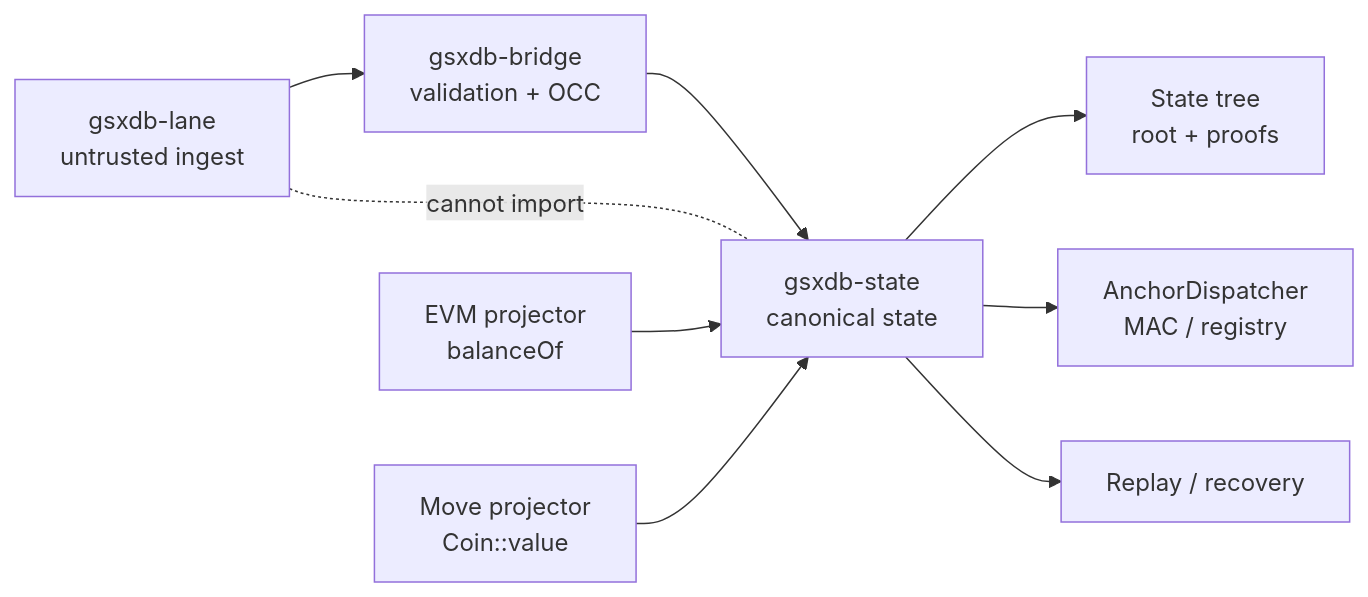
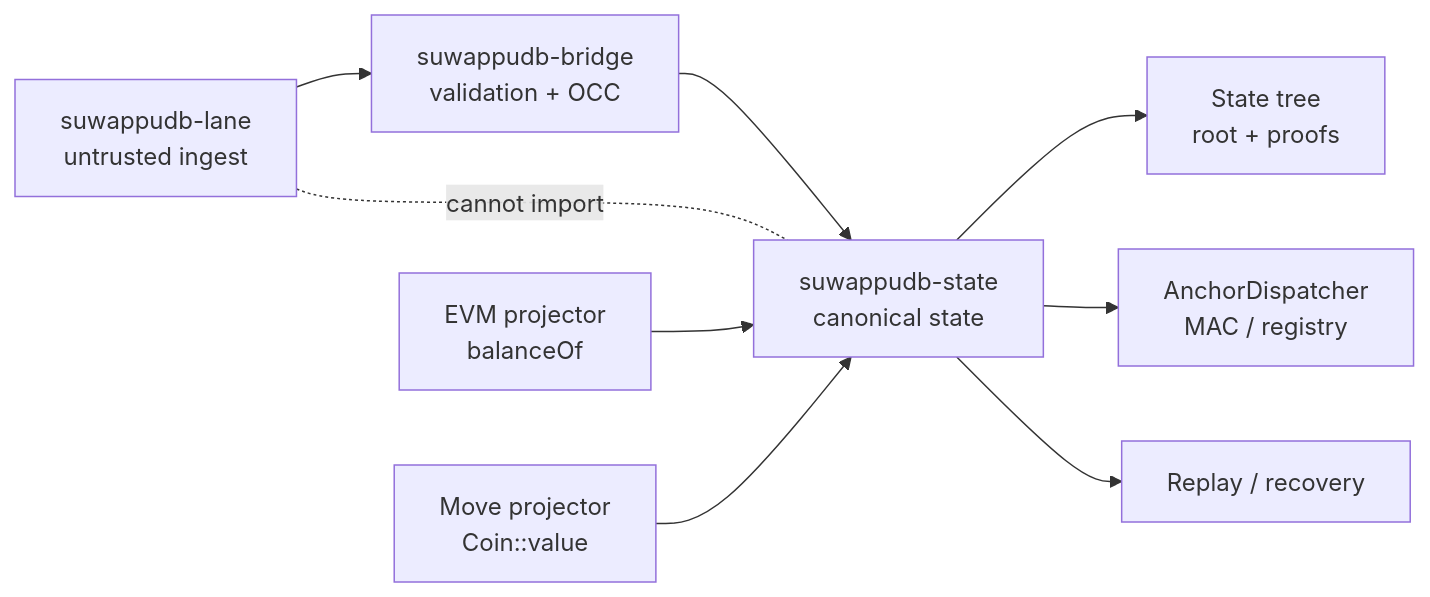
Before and after one commit to Suwappu-Labs/suwappu-dag: the second of 8 diagrams in docs/visuals/README.md, drawn with Mermaid. The commit also changed other lines of this file and 503 other files, not shown here.

````diff
--- a/docs/visuals/README.md
+++ b/docs/visuals/README.md
@@ -49,11 +49,11 @@
 ```mermaid
 flowchart LR
-  Lane[gsxdb-lane<br/>untrusted ingest] --> Bridge[gsxdb-bridge<br/>validation + OCC]
-  Bridge --> State[gsxdb-state<br/>canonical state]
+  Lane[suwappudb-lane<br/>untrusted ingest] --> Bridge[suwappudb-bridge<br/>validation + OCC]
+  Bridge --> State[suwappudb-state<br/>canonical state]
   Lane -. cannot import .- State
   State --> Tree[State tree<br/>root + proofs]
   State --> Anchor[AnchorDispatcher<br/>MAC / registry]
   State --> Replay[Replay / recovery]
   Read1[EVM projector<br/>balanceOf] --> State
   Read2[Move projector<br/>Coin::value] --> State
 ```
````
